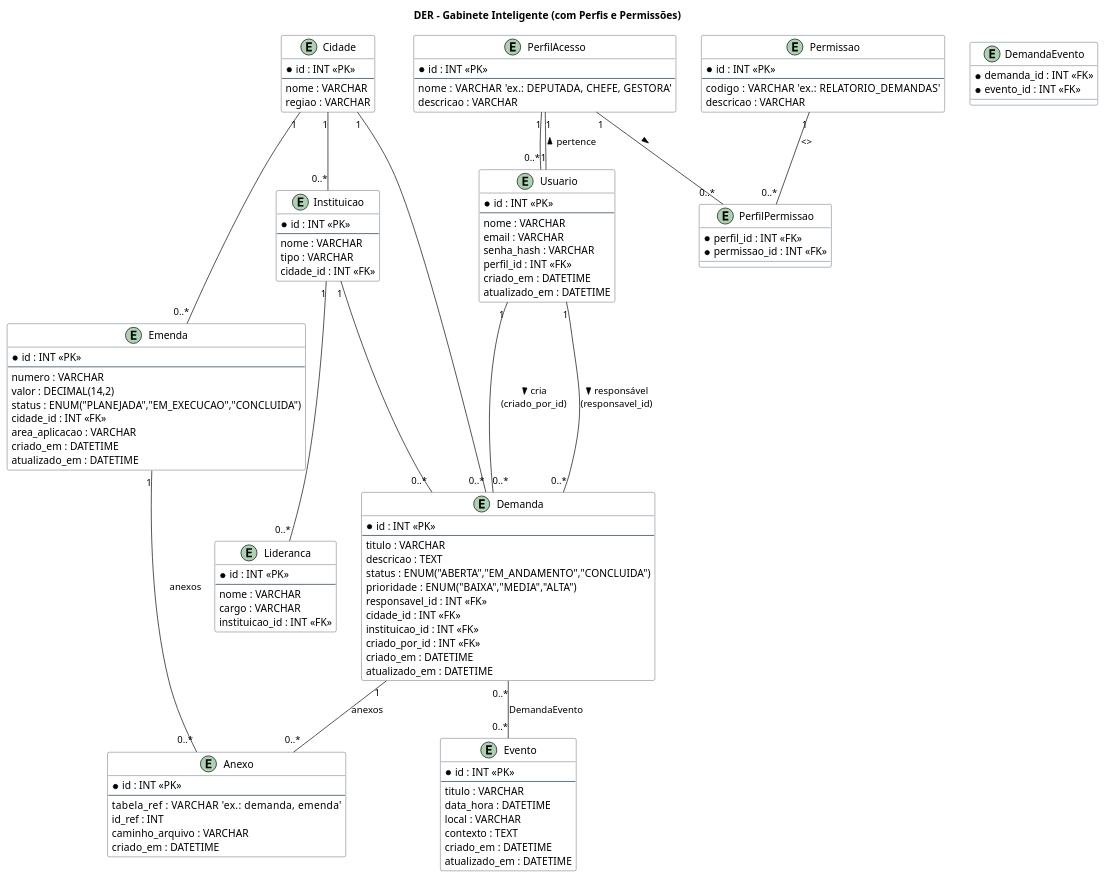
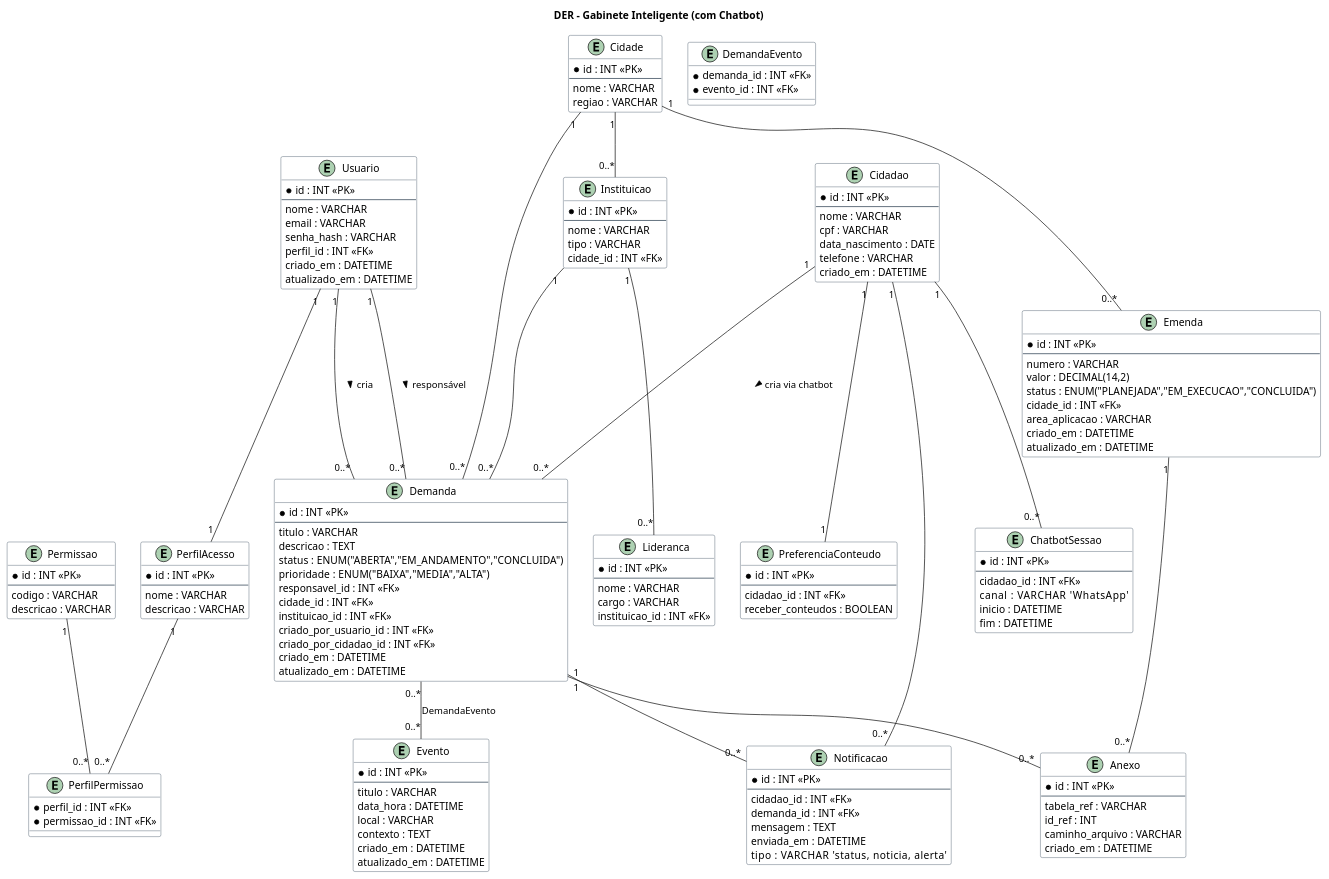
The diagram in Artefatos/DER/der.puml (ICEI-PUC-Minas-PPLES-TI/plf-es-2025-2-tcci-0393100-dev-bernardo-biondini), drawn with PlantUML before and after one commit. The commit also changed 51 other files, not shown here.

First line of the commit message:
feat: Add chatbot functionality and related diagrams

```diff
--- a/Artefatos/DER/der.puml
+++ b/Artefatos/DER/der.puml
@@ -1,150 +1,194 @@
 @startuml
-title DER - Gabinete Inteligente (com Perfis e Permissões)
+title DER - Gabinete Inteligente (com Chatbot)
 
 skinparam shadowing false
 skinparam class {
   BackgroundColor #ffffff
   BorderColor #2c3e50
 }
 
 ' ===================== AUTORIZAÇÃO =====================
 
 entity PerfilAcesso {
   * id : INT <<PK>>
   --
-  nome : VARCHAR   'ex.: DEPUTADA, CHEFE, GESTORA'
+  nome : VARCHAR
   descricao : VARCHAR
 }
 
 entity Permissao {
   * id : INT <<PK>>
   --
-  codigo : VARCHAR   'ex.: RELATORIO_DEMANDAS'
+  codigo : VARCHAR
   descricao : VARCHAR
 }
 
 entity PerfilPermissao {
   * perfil_id : INT <<FK>>
   * permissao_id : INT <<FK>>
 }
 
 entity Usuario {
   * id : INT <<PK>>
   --
   nome : VARCHAR
   email : VARCHAR
   senha_hash : VARCHAR
   perfil_id : INT <<FK>>
   criado_em : DATETIME
   atualizado_em : DATETIME
 }
 
+' ===================== CHATBOT =====================
+
+entity Cidadao {
+  * id : INT <<PK>>
+  --
+  nome : VARCHAR
+  cpf : VARCHAR
+  data_nascimento : DATE
+  telefone : VARCHAR
+  criado_em : DATETIME
+}
+
+entity ChatbotSessao {
+  * id : INT <<PK>>
+  --
+  cidadao_id : INT <<FK>>
+  canal : VARCHAR      'WhatsApp'
+  inicio : DATETIME
+  fim : DATETIME
+}
+
+entity PreferenciaConteudo {
+  * id : INT <<PK>>
+  --
+  cidadao_id : INT <<FK>>
+  receber_conteudos : BOOLEAN
+}
+
+entity Notificacao {
+  * id : INT <<PK>>
+  --
+  cidadao_id : INT <<FK>>
+  demanda_id : INT <<FK>>
+  mensagem : TEXT
+  enviada_em : DATETIME
+  tipo : VARCHAR       'status, noticia, alerta'
+}
 
 ' ===================== DOMÍNIO DO SISTEMA =====================
 
 entity Demanda {
   * id : INT <<PK>>
   --
   titulo : VARCHAR
   descricao : TEXT
   status : ENUM("ABERTA","EM_ANDAMENTO","CONCLUIDA")
   prioridade : ENUM("BAIXA","MEDIA","ALTA")
   responsavel_id : INT <<FK>>
   cidade_id : INT <<FK>>
   instituicao_id : INT <<FK>>
-  criado_por_id : INT <<FK>>
+  criado_por_usuario_id : INT <<FK>>
+  criado_por_cidadao_id : INT <<FK>>
   criado_em : DATETIME
   atualizado_em : DATETIME
 }
 
 entity Emenda {
   * id : INT <<PK>>
   --
   numero : VARCHAR
   valor : DECIMAL(14,2)
   status : ENUM("PLANEJADA","EM_EXECUCAO","CONCLUIDA")
   cidade_id : INT <<FK>>
   area_aplicacao : VARCHAR
   criado_em : DATETIME
   atualizado_em : DATETIME
 }
 
 entity Cidade {
   * id : INT <<PK>>
   --
   nome : VARCHAR
   regiao : VARCHAR
 }
 
 entity Instituicao {
   * id : INT <<PK>>
   --
   nome : VARCHAR
   tipo : VARCHAR
   cidade_id : INT <<FK>>
 }
 
 entity Lideranca {
   * id : INT <<PK>>
   --
   nome : VARCHAR
   cargo : VARCHAR
   instituicao_id : INT <<FK>>
 }
 
 entity Evento {
   * id : INT <<PK>>
   --
   titulo : VARCHAR
   data_hora : DATETIME
   local : VARCHAR
   contexto : TEXT
   criado_em : DATETIME
   atualizado_em : DATETIME
 }
 
 entity DemandaEvento {
   * demanda_id : INT <<FK>>
   * evento_id : INT <<FK>>
 }
 
 entity Anexo {
   * id : INT <<PK>>
   --
-  tabela_ref : VARCHAR     'ex.: demanda, emenda'
+  tabela_ref : VARCHAR
   id_ref : INT
   caminho_arquivo : VARCHAR
   criado_em : DATETIME
 }
 
-
 ' ===================== RELACIONAMENTOS =====================
 
 ' --- AUTORIZAÇÃO ---
-Usuario "1" -- "1" PerfilAcesso : pertence >
-PerfilAcesso "1" -- "0..*" Usuario
+Usuario "1" -- "1" PerfilAcesso
+PerfilAcesso "1" -- "0..*" PerfilPermissao
+Permissao "1" -- "0..*" PerfilPermissao
 
-PerfilAcesso "1" -- "0..*" PerfilPermissao : >
-Permissao "1" -- "0..*" PerfilPermissao : <>
+' --- CHATBOT ---
+Cidadao "1" -- "0..*" ChatbotSessao
+Cidadao "1" -- "1" PreferenciaConteudo
+Cidadao "1" -- "0..*" Notificacao
 
-' --- USUÁRIO E DEMANDAS ---
-Usuario "1" -- "0..*" Demanda : cria >\n(criado_por_id)
-Usuario "1" -- "0..*" Demanda : responsável >\n(responsavel_id)
+' --- DEMANDAS ---
+Usuario "1" -- "0..*" Demanda : cria >
+Usuario "1" -- "0..*" Demanda : responsável >
+Cidadao "1" -- "0..*" Demanda : cria via chatbot >
 
 ' --- CIDADE ---
 Cidade "1" -- "0..*" Demanda
 Cidade "1" -- "0..*" Emenda
 Cidade "1" -- "0..*" Instituicao
 
-' --- INSTITUIÇÃO E LIDERANÇA ---
+' --- INSTITUIÇÃO ---
 Instituicao "1" -- "0..*" Lideranca
 Instituicao "1" -- "0..*" Demanda
 
-' --- EVENTOS E DEMANDAS (N-N) ---
+' --- EVENTOS ---
 Demanda "0..*" -- "0..*" Evento : DemandaEvento
 
-' --- ANEXOS POLIMÓRFICOS ---
-Demanda "1" -- "0..*" Anexo : anexos
-Emenda  "1" -- "0..*" Anexo : anexos
+' --- ANEXOS ---
+Demanda "1" -- "0..*" Anexo
+Emenda  "1" -- "0..*" Anexo
+
+' --- NOTIFICAÇÕES ---
+Demanda "1" -- "0..*" Notificacao
 
 @enduml
```
